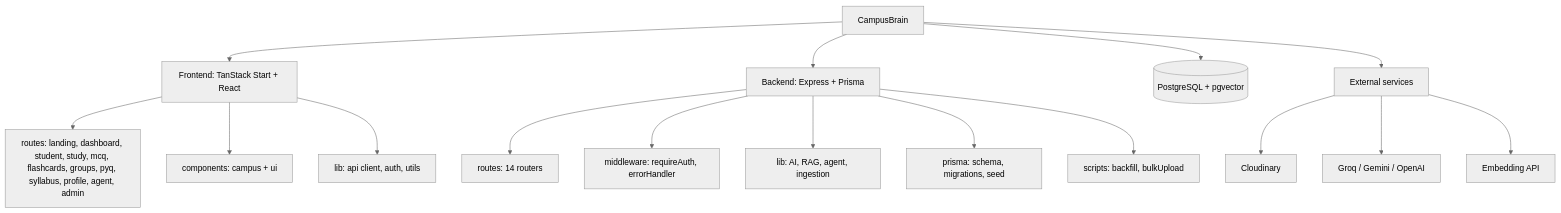
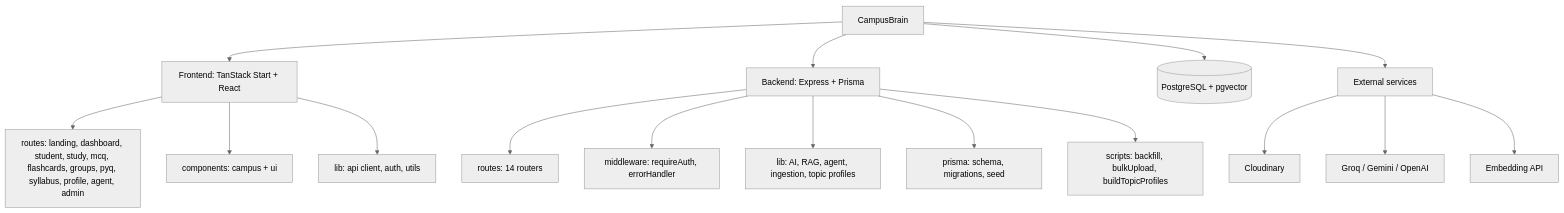
The fourth of 13 diagrams in README.md (nemida/CampusBrain), drawn with Mermaid (neutral theme) before and after one commit. The commit also changed other lines of this file and 11 other files, not shown here.

````diff
--- a/README.md
+++ b/README.md
@@ -214,23 +221,23 @@
 ```mermaid
 flowchart TB
     CB["CampusBrain"]
 
     CB --> FE["Frontend: TanStack Start + React"]
     CB --> BE["Backend: Express + Prisma"]
     CB --> DB[("PostgreSQL + pgvector")]
     CB --> EXT["External services"]
 
     FE --> FE1["routes: landing, dashboard, student, study, mcq, flashcards, groups, pyq, syllabus, profile, agent, admin"]
     FE --> FE2["components: campus + ui"]
     FE --> FE3["lib: api client, auth, utils"]
 
     BE --> BE1["routes: 14 routers"]
     BE --> BE2["middleware: requireAuth, errorHandler"]
-    BE --> BE3["lib: AI, RAG, agent, ingestion"]
+    BE --> BE3["lib: AI, RAG, agent, ingestion, topic profiles"]
     BE --> BE4["prisma: schema, migrations, seed"]
-    BE --> BE5["scripts: backfill, bulkUpload"]
+    BE --> BE5["scripts: backfill, bulkUpload, buildTopicProfiles"]
 
     EXT --> E1["Cloudinary"]
     EXT --> E2["Groq / Gemini / OpenAI"]
     EXT --> E3["Embedding API"]
 ```
````
